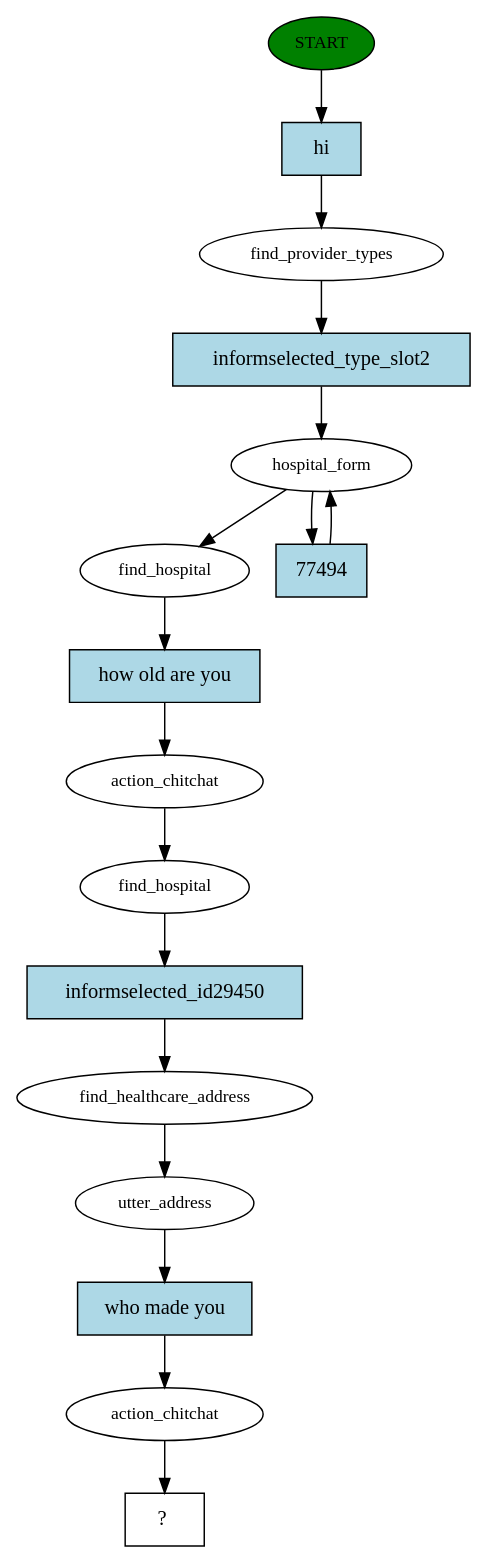
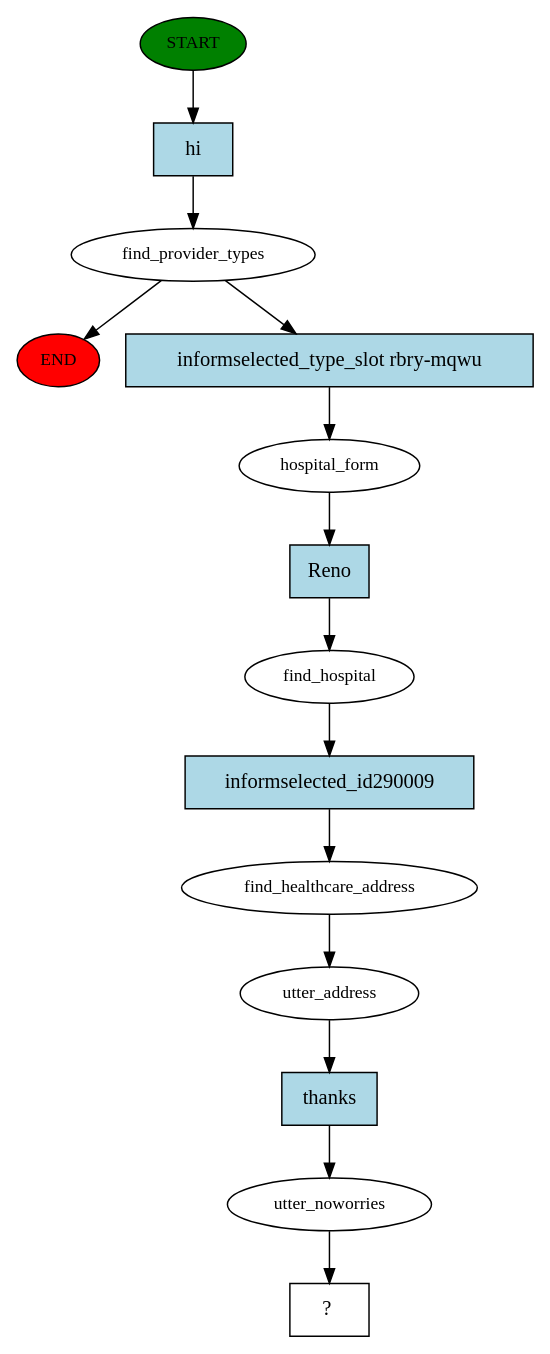
Before and after one commit to RasaHQ/medicare_locator: the diagram in story_graph.dot, drawn with Graphviz. The commit also changed 18 other files, not shown here.

```diff
--- a/story_graph.dot
+++ b/story_graph.dot
@@ -1,34 +1,29 @@
 digraph  {
 0 [label=START, fillcolor=green, style=filled, fontsize=12, class="start active"];
+"-1" [label=END, fillcolor=red, style=filled, fontsize=12, class=end];
 1 [label=find_provider_types, fontsize=12, class=active];
-2 [label=hospital_form, fontsize=12, class=active];
+3 [label=hospital_form, fontsize=12, class=active];
 4 [label=find_hospital, fontsize=12, class=active];
-5 [label=action_chitchat, fontsize=12, class=active];
-6 [label=find_hospital, fontsize=12, class=active];
-7 [label=find_healthcare_address, fontsize=12, class=active];
-8 [label=utter_address, fontsize=12, class=active];
-9 [label=action_chitchat, fontsize=12, class=active];
-10 [label="  ?  ", shape=rect, class="intent dashed active"];
-11 [label=hi, shape=rect, style=filled, fillcolor=lightblue, class="intent active"];
-12 [label=informselected_type_slot2, shape=rect, style=filled, fillcolor=lightblue, class="intent active"];
-13 [label=77494, shape=rect, style=filled, fillcolor=lightblue, class="intent active"];
-14 [label="how old are you", shape=rect, style=filled, fillcolor=lightblue, class="intent active"];
-15 [label=informselected_id29450, shape=rect, style=filled, fillcolor=lightblue, class="intent active"];
-16 [label="who made you", shape=rect, style=filled, fillcolor=lightblue, class="intent active"];
-0 -> 11  [key=0, class=active];
-1 -> 12  [key=0, class=active];
-2 -> 4  [key=NONE, label="", class=active];
-2 -> 13  [key=0, class=active];
-4 -> 14  [key=0, class=active];
+5 [label=find_healthcare_address, fontsize=12, class=active];
+6 [label=utter_address, fontsize=12, class=active];
+7 [label=utter_noworries, fontsize=12, class=active];
+8 [label="  ?  ", shape=rect, class="intent dashed active"];
+9 [label=hi, shape=rect, style=filled, fillcolor=lightblue, class="intent active"];
+10 [label="informselected_type_slot rbry-mqwu", shape=rect, style=filled, fillcolor=lightblue, class="intent active"];
+11 [label=Reno, shape=rect, style=filled, fillcolor=lightblue, class="intent active"];
+12 [label=informselected_id290009, shape=rect, style=filled, fillcolor=lightblue, class="intent active"];
+13 [label=thanks, shape=rect, style=filled, fillcolor=lightblue, class="intent active"];
+0 -> 9  [key=0, class=active];
+1 -> "-1"  [key=NONE, label="", class=""];
+1 -> 10  [key=0, class=active];
+3 -> 11  [key=0, class=active];
+4 -> 12  [key=0, class=active];
 5 -> 6  [key=NONE, label="", class=active];
-6 -> 15  [key=0, class=active];
+6 -> 13  [key=0, class=active];
 7 -> 8  [key=NONE, label="", class=active];
-8 -> 16  [key=0, class=active];
-9 -> 10  [key=NONE, label="", class=active];
-11 -> 1  [key=0, class=active];
-12 -> 2  [key=0, class=active];
-13 -> 2  [key=0, class=active];
-14 -> 5  [key=0, class=active];
-15 -> 7  [key=0, class=active];
-16 -> 9  [key=0, class=active];
+9 -> 1  [key=0, class=active];
+10 -> 3  [key=0, class=active];
+11 -> 4  [key=0, class=active];
+12 -> 5  [key=0, class=active];
+13 -> 7  [key=0, class=active];
 }
```
